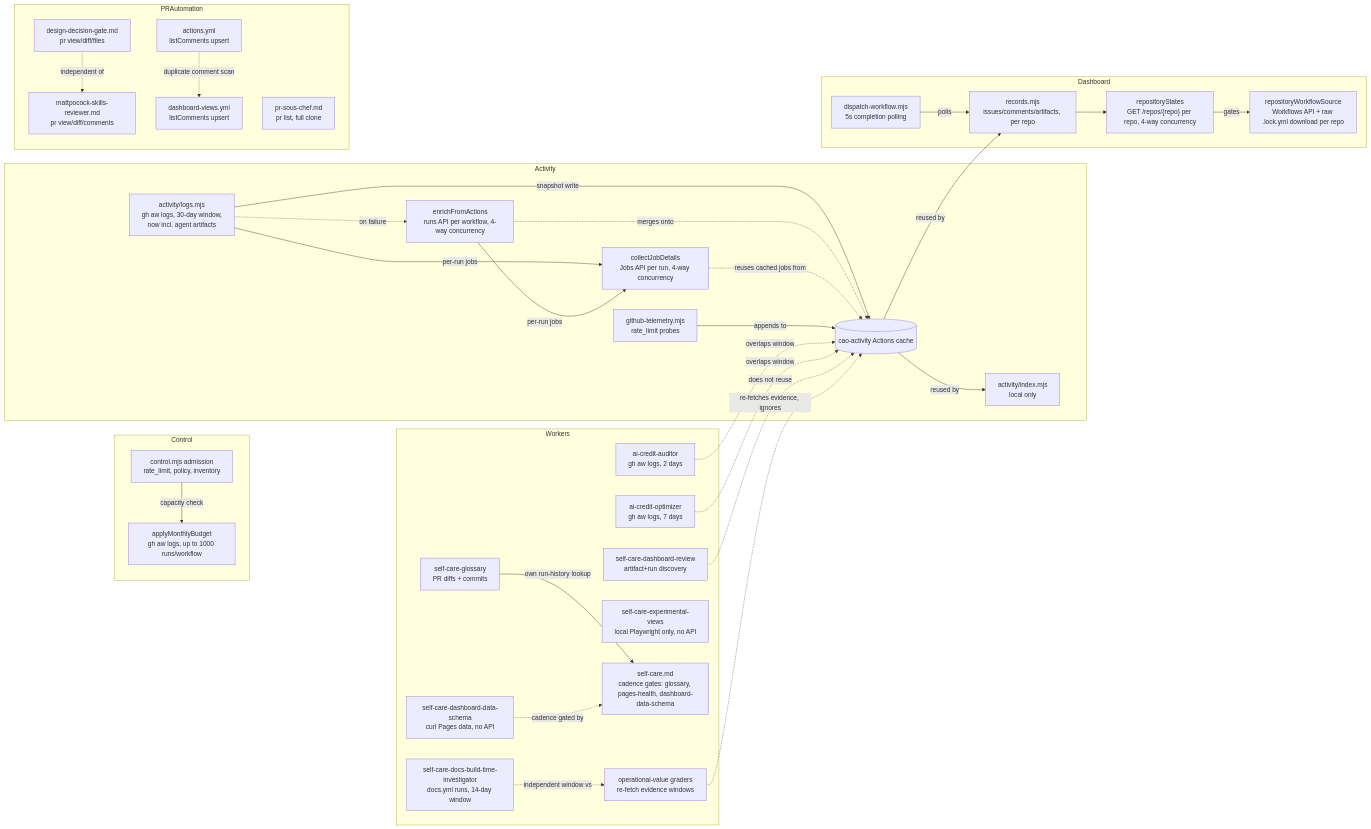
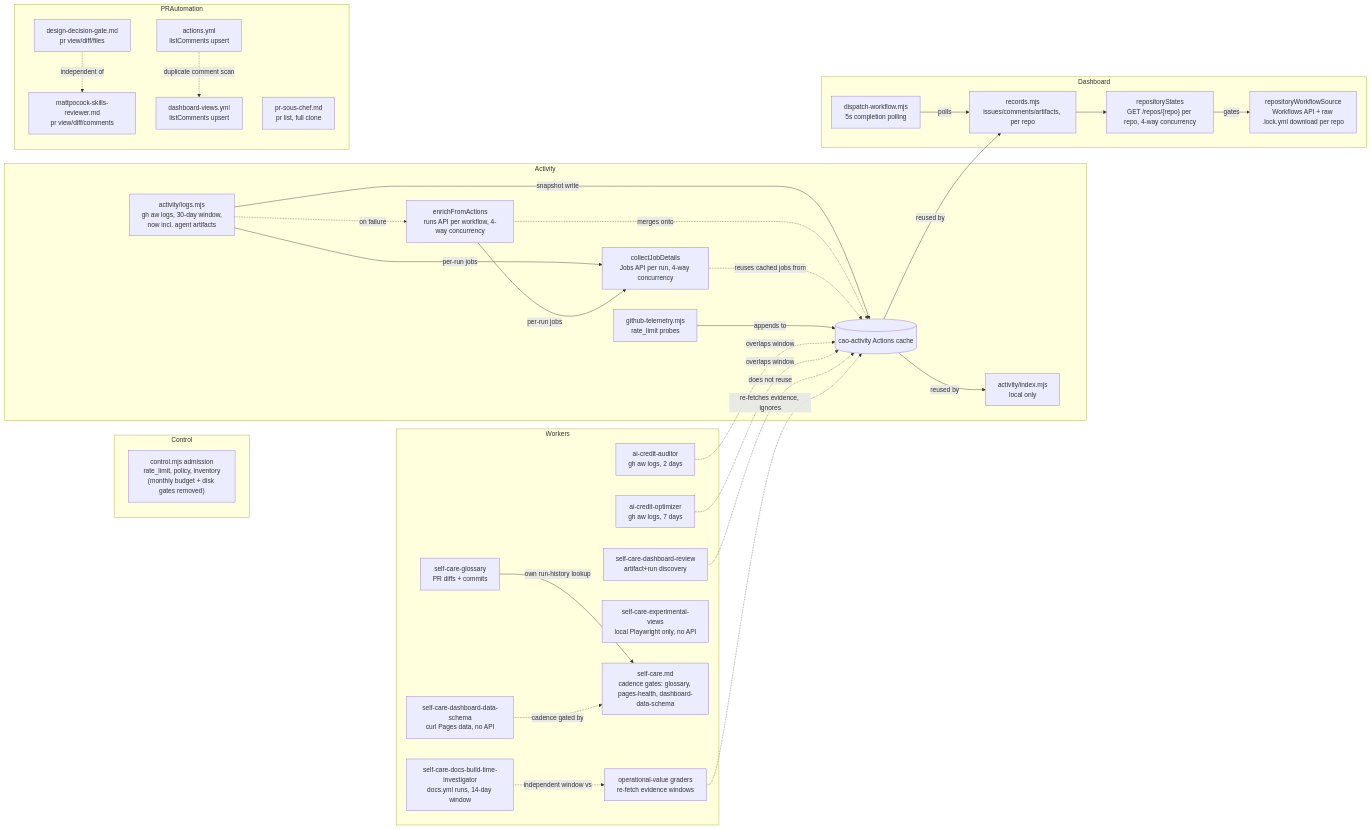
The diagram in specs/data-acquisition-audit.md (githubnext/gh-aw-cao), drawn with Mermaid before and after one commit. The commit also changed other lines of this file, not shown here.

First line of the commit message:
Refresh data-acquisition-audit for removed admission gates

````diff
--- a/specs/data-acquisition-audit.md
+++ b/specs/data-acquisition-audit.md
@@ -187,61 +185,59 @@
 ```mermaid
 flowchart LR
   subgraph Control
-    control["control.mjs admission<br/>rate_limit, policy, inventory"]
-    budget["applyMonthlyBudget<br/>gh aw logs, up to 1000 runs/workflow"]
+    control["control.mjs admission<br/>rate_limit, policy, inventory<br/>(monthly budget + disk gates removed)"]
   end
   subgraph Activity
     logsmjs["activity/logs.mjs<br/>gh aw logs, 30-day window,<br/>now incl. agent artifacts"]
     fallback["enrichFromActions<br/>runs API per workflow, 4-way concurrency"]
     jobsapi["collectJobDetails<br/>Jobs API per run, 4-way concurrency"]
     indexmjs["activity/index.mjs<br/>local only"]
     telemetry["github-telemetry.mjs<br/>rate_limit probes"]
     cache[("cao-activity Actions cache")]
   end
   subgraph Dashboard
     records["records.mjs<br/>issues/comments/artifacts, per repo"]
     repostate["repositoryStates<br/>GET /repos/{repo} per repo, 4-way concurrency"]
     remotewf["repositoryWorkflowSource<br/>Workflows API + raw .lock.yml download per repo"]
     dispatch["dispatch-workflow.mjs<br/>5s completion polling"]
   end
   subgraph Workers
     aicaud["ai-credit-auditor<br/>gh aw logs, 2 days"]
     aicopt["ai-credit-optimizer<br/>gh aw logs, 7 days"]
     reviewpf["self-care-dashboard-review<br/>artifact+run discovery"]
     glossary["self-care-glossary<br/>PR diffs + commits"]
     docsbt["self-care-docs-build-time-investigator<br/>docs.yml runs, 14-day window"]
     expviews["self-care-experimental-views<br/>local Playwright only, no API"]
     schemaworker["self-care-dashboard-data-schema<br/>curl Pages data, no API"]
     selfcare["self-care.md<br/>cadence gates: glossary, pages-health, dashboard-data-schema"]
     graders["operational-value graders<br/>re-fetch evidence windows"]
   end
   subgraph PRAutomation
     ddg["design-decision-gate.md<br/>pr view/diff/files"]
     mattpocock["mattpocock-skills-reviewer.md<br/>pr view/diff/comments"]
     soschef["pr-sous-chef.md<br/>pr list, full clone"]
     mobileci["actions.yml<br/>listComments upsert"]
     dashviews["dashboard-views.yml<br/>listComments upsert"]
   end
-  control -->|capacity check| budget
   logsmjs -->|snapshot write| cache
   logsmjs -.->|on failure| fallback
   fallback -.->|merges onto| cache
   logsmjs -->|per-run jobs| jobsapi
   fallback -->|per-run jobs| jobsapi
   jobsapi -.->|reuses cached jobs from| cache
   cache -->|reused by| indexmjs
   cache -->|reused by| records
   telemetry -->|appends to| cache
   records --> repostate
   repostate -->|gates| remotewf
   dispatch -->|polls| records
   aicaud -.->|overlaps window| cache
   aicopt -.->|overlaps window| cache
   reviewpf -.->|does not reuse| cache
   glossary -->|own run-history lookup| selfcare
   schemaworker -.->|cadence gated by| selfcare
   docsbt -.->|independent window vs| graders
   graders -.->|re-fetches evidence, ignores| cache
   ddg -.->|independent of| mattpocock
   mobileci -.->|duplicate comment scan| dashviews
 ```
````
